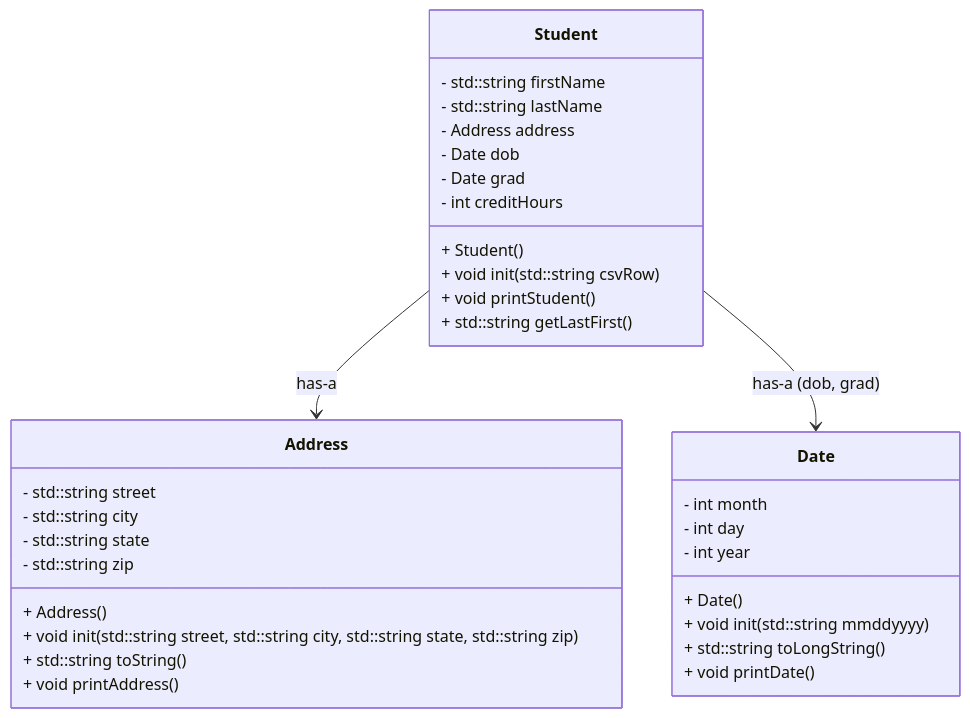
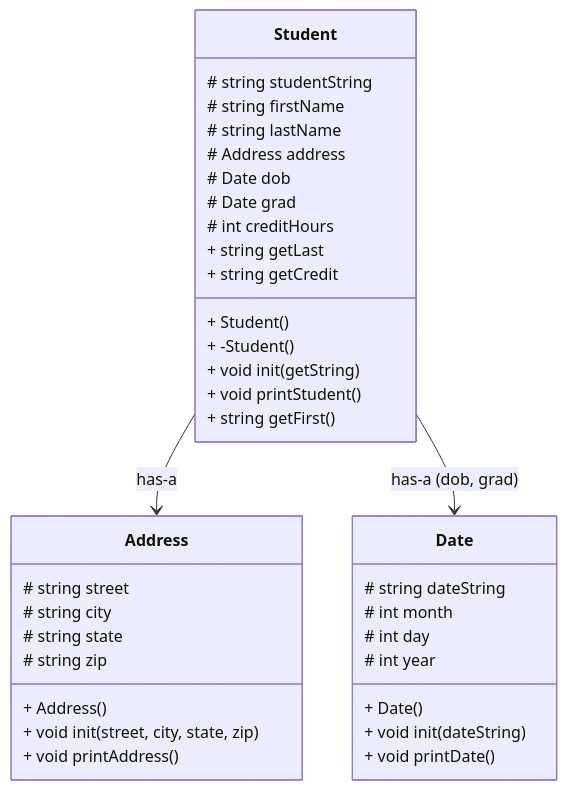
Before and after one commit to jakealieberman/CS121_Project_6: the diagram in README.md, drawn with Mermaid.

````diff
--- a/README.md
+++ b/README.md
@@ -3,36 +3,40 @@
 ```mermaid
 classDiagram
+
 class Date {
-- int month
-- int day
-- int year
+# string dateString
+# int month
+# int day
+# int year
 + Date()
-+ void init(std::string mmddyyyy)
-+ std::string toLongString()
++ void init(dateString)
 + void printDate()
 }
 class Address {
-- std::string street
-- std::string city
-- std::string state
-- std::string zip
+# string street
+# string city
+# string state
+# string zip
 + Address()
-+ void init(std::string street, std::string city, std::string state, std::string zip)
-+ std::string toString()
++ void init(street, city, state, zip)
 + void printAddress()
 }
 class Student {
-- std::string firstName
-- std::string lastName
-- Address address
-- Date dob
-- Date grad
-- int creditHours
+# string studentString
+# string firstName
+# string lastName
+# Address address
+# Date dob
+# Date grad
+# int creditHours
 + Student()
-+ void init(std::string csvRow)
++ -Student()
++ void init(getString)
 + void printStudent()
-+ std::string getLastFirst()
++ string getFirst()
++ string getLast
++ string getCredit
 }
 Student --> Address : has-a
 Student --> Date : has-a (dob, grad)
 ```
````
